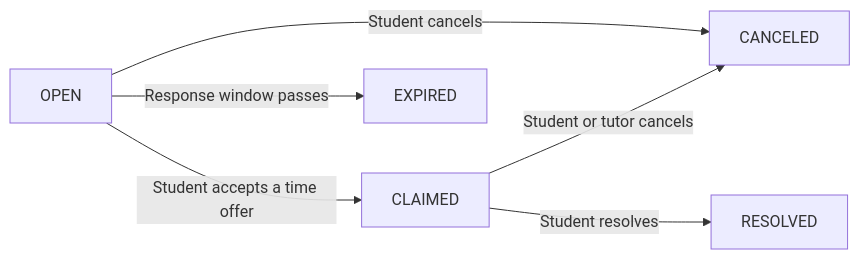
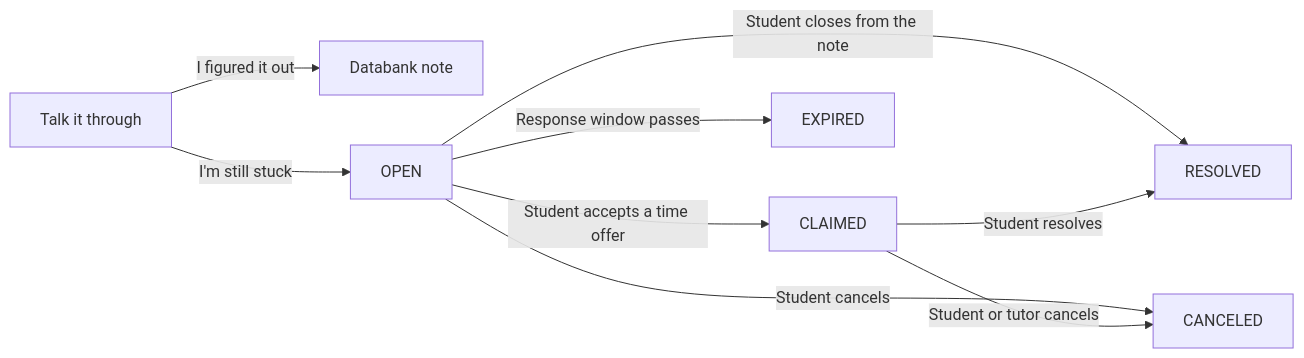
One commit to scw5604/LearnIT changed the diagram in docs/IMPLEMENTATION.md. Above: the diagram before and after it, drawn with Mermaid. The commit also changed other lines of this file and 42 other files, not shown here.

Commit message:
Let a student try Soquacktic, the note, and the databank before posting for a tutor.

````diff
--- a/docs/IMPLEMENTATION.md
+++ b/docs/IMPLEMENTATION.md
@@ -39,8 +43,11 @@
 ```mermaid
 flowchart LR
-    OPEN["OPEN"] -->|"Student accepts a time offer"| CLAIMED["CLAIMED"]
+    duck["Talk it through"] -->|"I figured it out"| bank["Databank note"]
+    duck -->|"I'm still stuck"| OPEN["OPEN"]
+    OPEN -->|"Student closes from the note"| RESOLVED["RESOLVED"]
+    OPEN -->|"Student accepts a time offer"| CLAIMED["CLAIMED"]
     OPEN -->|"Response window passes"| EXPIRED["EXPIRED"]
     OPEN -->|"Student cancels"| CANCELED["CANCELED"]
     CLAIMED -->|"Student or tutor cancels"| CANCELED
-    CLAIMED -->|"Student resolves"| RESOLVED["RESOLVED"]
+    CLAIMED -->|"Student resolves"| RESOLVED
 ```
````
